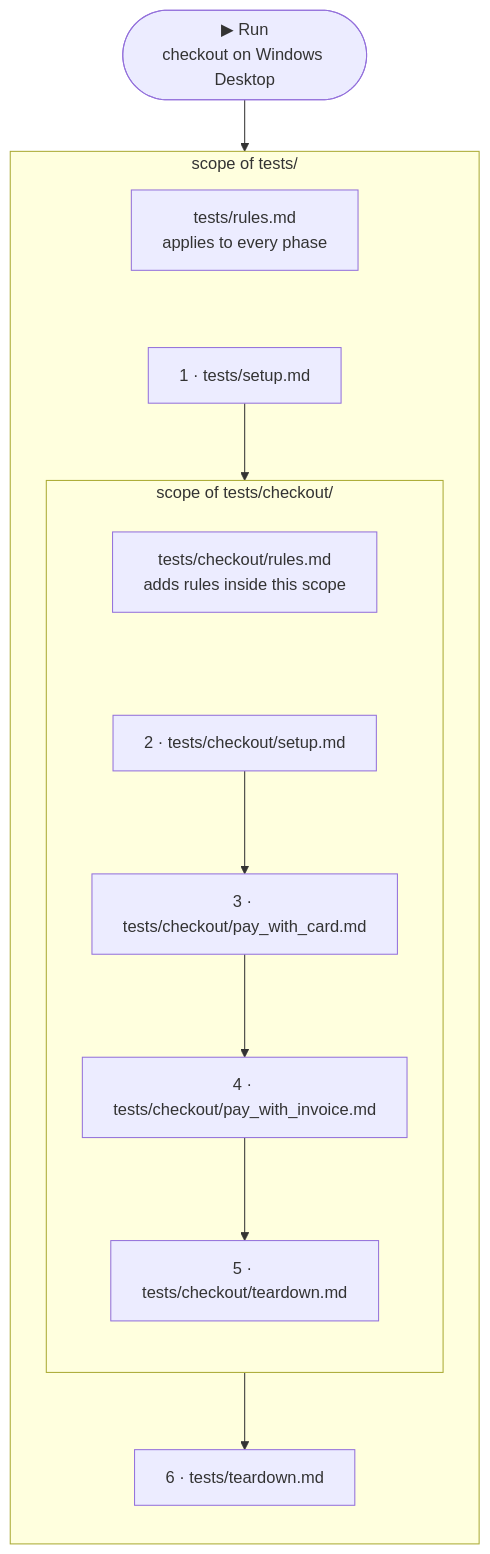
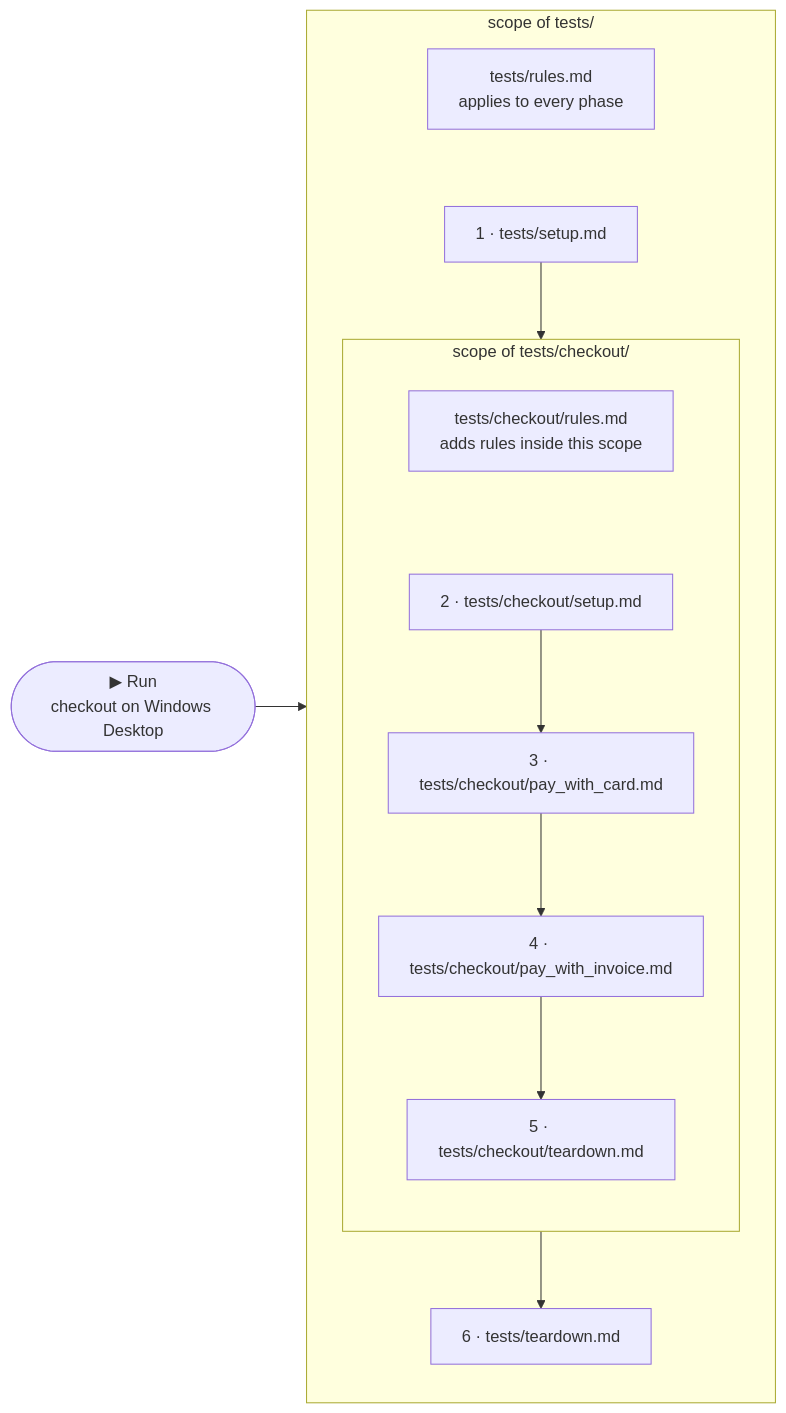
One commit to askui/docs-rewrite changed the diagram in content/docs/writing-tests/organisation.mdx. Above: the diagram before and after it, drawn with Mermaid.

Commit message:
docs(organisation): vertical step boxes, horizontal outer flow

````diff
--- a/content/docs/writing-tests/organisation.mdx
+++ b/content/docs/writing-tests/organisation.mdx
@@ -49,20 +49,20 @@
 ```mermaid
-flowchart TB
+flowchart LR
   RUN(["▶ Run
 checkout on Windows Desktop"]) --> A
   subgraph CHAIN["scope of tests/"]
     direction TB
     R1["tests/rules.md
 applies to every phase"]
     R1 ~~~ A["1 · tests/setup.md"]
     subgraph CO["scope of tests/checkout/"]
       direction TB
       R2["tests/checkout/rules.md
 adds rules inside this scope"]
       R2 ~~~ B["2 · tests/checkout/setup.md"]
       B --> C["3 · tests/checkout/pay_with_card.md"] --> D["4 · tests/checkout/pay_with_invoice.md"] --> E["5 · tests/checkout/teardown.md"]
     end
     A --> B
     E --> F["6 · tests/teardown.md"]
   end
 ```
````
